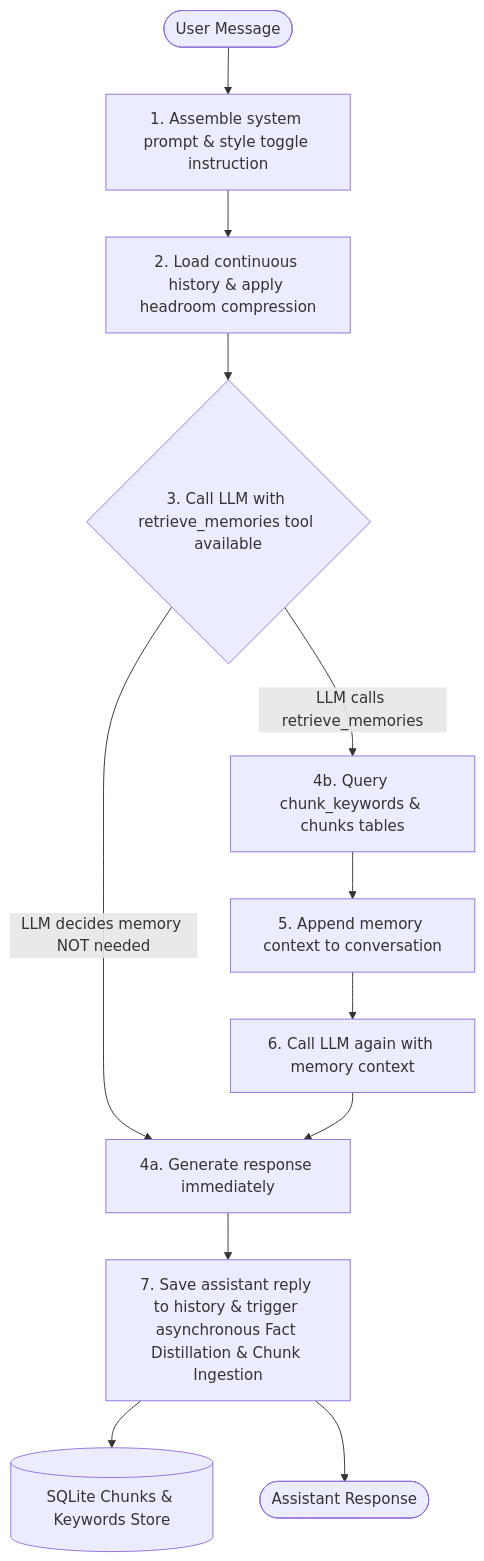
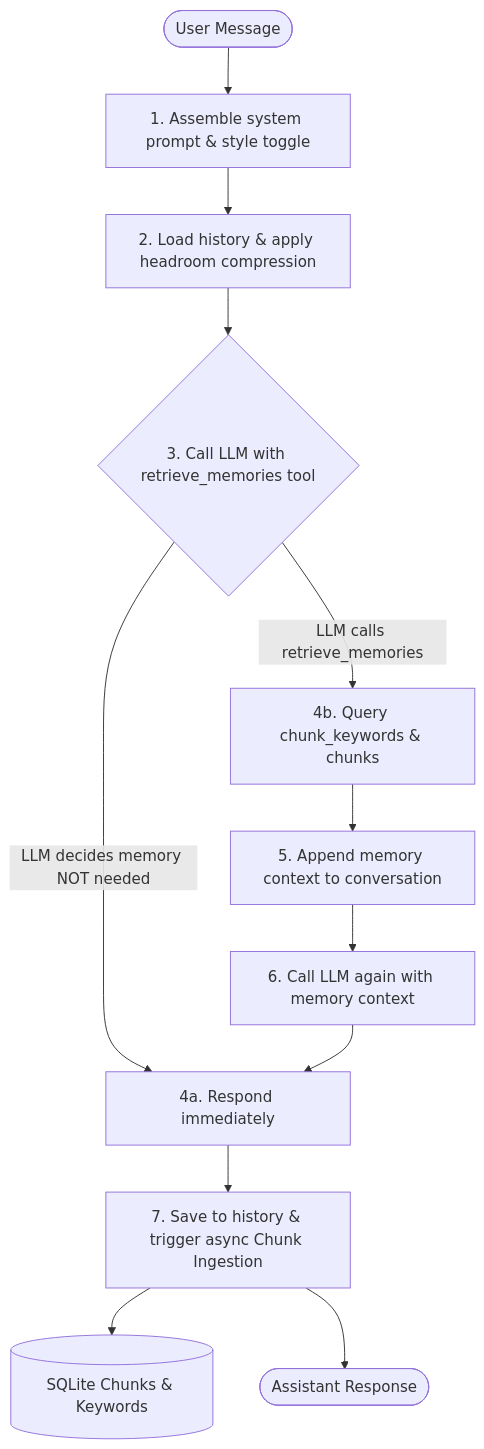
Before and after one commit to vaughnNixon/Athena-v1: the diagram in README.md, drawn with Mermaid. The commit also changed other lines of this file, not shown here.

Commit message:
docs: Update README to Athena v1.2 with subagent system, 78 tests, and skill development guide

````diff
--- a/README.md
+++ b/README.md
@@ -11,17 +37,17 @@
 ```mermaid
 graph TD
-    User([User Message]) --> SystemPrompt[1. Assemble system prompt & style toggle instruction]
-    SystemPrompt --> History[2. Load continuous history & apply headroom compression]
-    History --> Route{3. Call LLM with retrieve_memories tool available}
-    
-    Route -- LLM decides memory NOT needed --> Response[4a. Generate response immediately]
-    Route -- LLM calls retrieve_memories --> Retrieve[4b. Query chunk_keywords & chunks tables]
-    
+    User([User Message]) --> SystemPrompt[1. Assemble system prompt & style toggle]
+    SystemPrompt --> History[2. Load history & apply headroom compression]
+    History --> Route{3. Call LLM with retrieve_memories tool}
+
+    Route -- LLM decides memory NOT needed --> Response[4a. Respond immediately]
+    Route -- LLM calls retrieve_memories --> Retrieve[4b. Query chunk_keywords & chunks]
+
     Retrieve --> ToolResponse[5. Append memory context to conversation]
     ToolResponse --> FinalCall[6. Call LLM again with memory context]
     FinalCall --> Response
-    
-    Response --> Save[7. Save assistant reply to history & trigger asynchronous Fact Distillation & Chunk Ingestion]
-    Save --> DB[(SQLite Chunks & Keywords Store)]
+
+    Response --> Save[7. Save to history & trigger async Chunk Ingestion]
+    Save --> DB[(SQLite Chunks & Keywords)]
     Save --> Out([Assistant Response])
 ```
````
